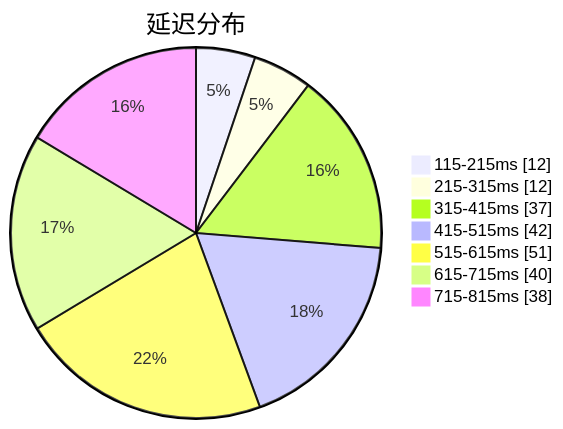
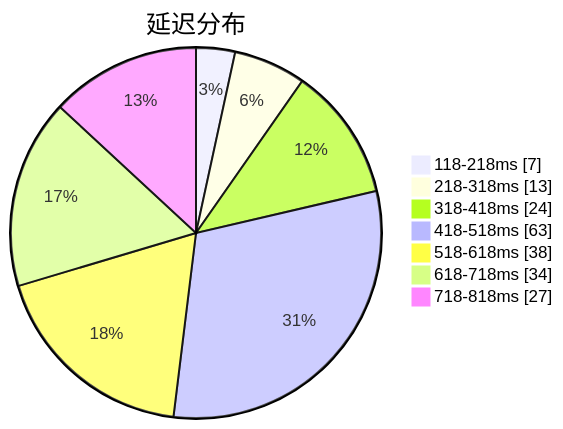
The first of 3 diagrams in subs/statistics/tested_within.md (sinspired/airport), drawn with Mermaid before and after one commit. The commit also changed other lines of this file and 2 other files, not shown here.

````diff
--- a/subs/statistics/tested_within.md
+++ b/subs/statistics/tested_within.md
@@ -2,11 +2,11 @@
 ```mermaid
 pie showData
 title 延迟分布
-"115-215ms" : 12
-"215-315ms" : 12
-"315-415ms" : 37
-"415-515ms" : 42
-"515-615ms" : 51
-"615-715ms" : 40
-"715-815ms" : 38
+"118-218ms" : 7
+"218-318ms" : 13
+"318-418ms" : 24
+"418-518ms" : 63
+"518-618ms" : 38
+"618-718ms" : 34
+"718-818ms" : 27
 ```
````
